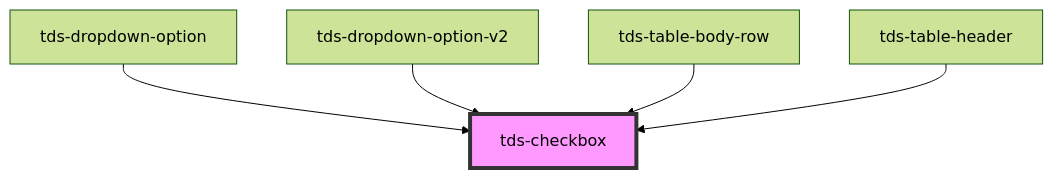
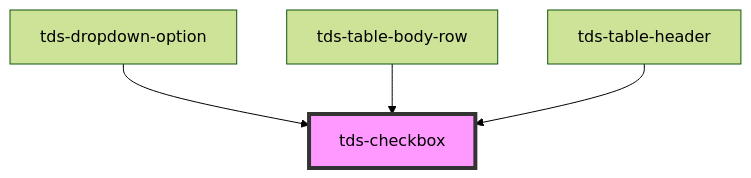
The diagram in core/src/components/checkbox/readme.md (scania-digital-design-system/tegel), drawn with Mermaid (forest theme) before and after one commit. The commit also changed other lines of this file and 25 other files, not shown here.

````diff
--- a/core/src/components/checkbox/readme.md
+++ b/core/src/components/checkbox/readme.md
@@ -59,8 +58,7 @@
 ```mermaid
 graph TD;
   tds-dropdown-option --> tds-checkbox
-  tds-dropdown-option-v2 --> tds-checkbox
   tds-table-body-row --> tds-checkbox
   tds-table-header --> tds-checkbox
   style tds-checkbox fill:#f9f,stroke:#333,stroke-width:4px
 ```
````
